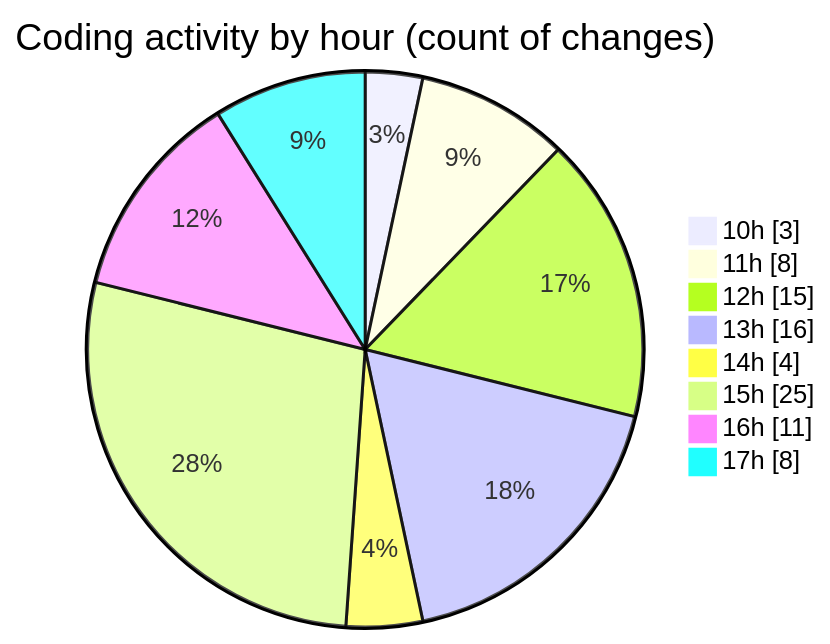
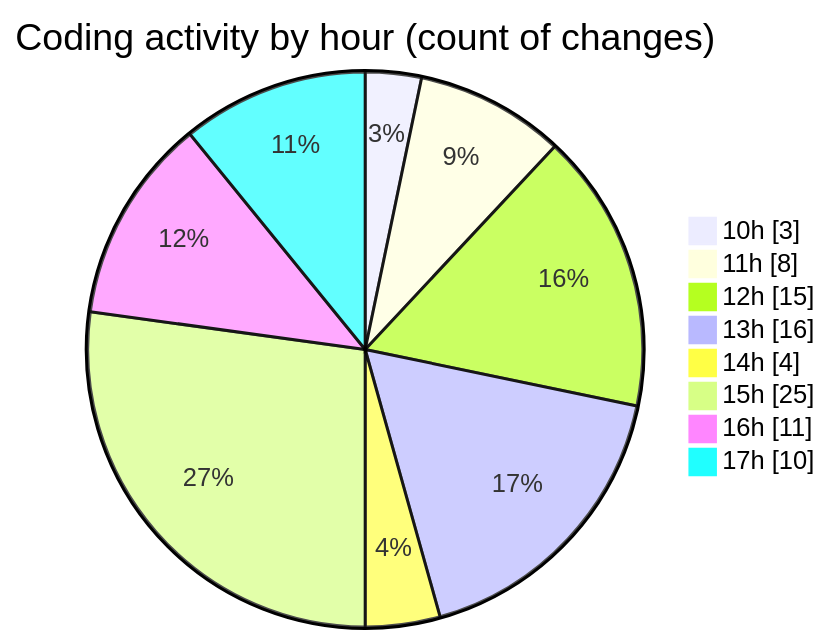
The second of 2 diagrams in 2025-10-15/nxtqube_webapp/README.md (nxtqubesakshisongat/code-tracking), drawn with Mermaid before and after one commit. The commit also changed other lines of this file and 1 other file, not shown here.

````diff
--- a/2025-10-15/nxtqube_webapp/README.md
+++ b/2025-10-15/nxtqube_webapp/README.md
@@ -29,12 +29,12 @@
 ```mermaid
 pie showData
 title Coding activity by hour (count of changes)
 "10h" : 3
 "11h" : 8
 "12h" : 15
 "13h" : 16
 "14h" : 4
 "15h" : 25
 "16h" : 11
-"17h" : 8
+"17h" : 10
 ```
````
